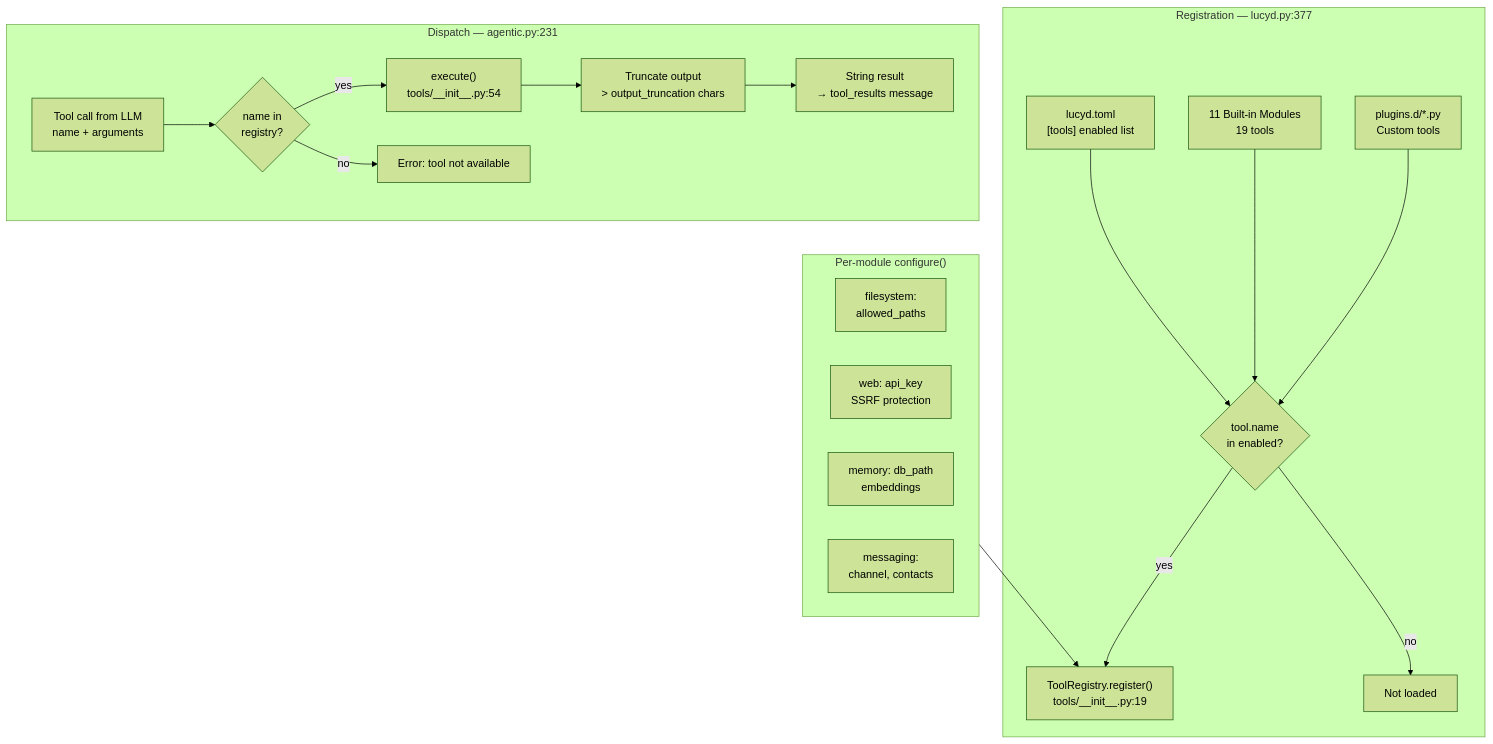
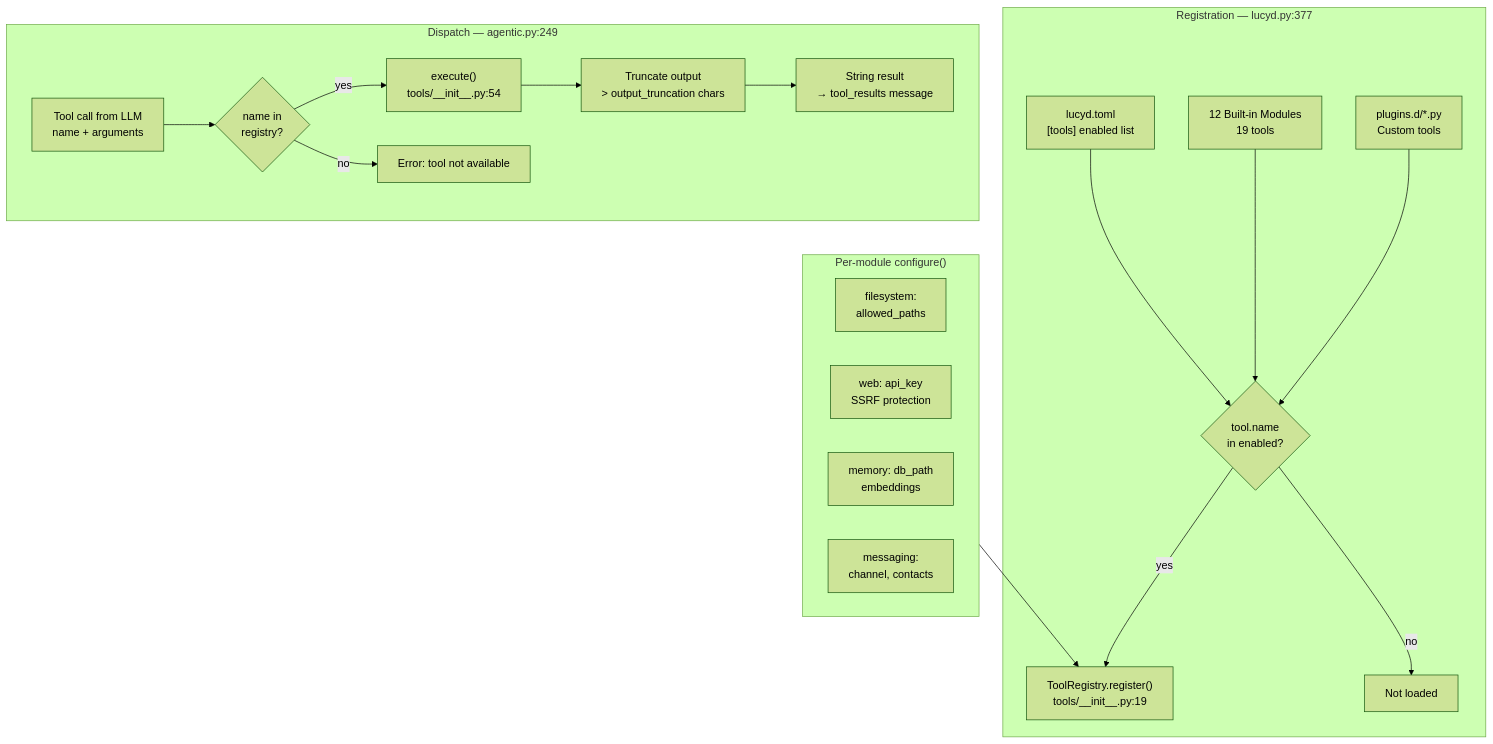
One commit to nicolasforstinger/lucyd changed the seventh of 8 diagrams in docs/diagrams.md. Above: the diagram before and after it, drawn with Mermaid (forest theme). The commit also changed other lines of this file and 24 other files, not shown here.

````diff
--- a/docs/diagrams.md
+++ b/docs/diagrams.md
@@ -272,36 +272,36 @@
 ```mermaid
 flowchart TD
     subgraph Startup["Registration — lucyd.py:377"]
         CONFIG["lucyd.toml<br/>[tools] enabled list"]
-        BUILTIN["11 Built-in Modules<br/>19 tools"]
+        BUILTIN["12 Built-in Modules<br/>19 tools"]
         PLUGINS["plugins.d/*.py<br/>Custom tools"]
         CONFIG --> FILTER{"tool.name<br/>in enabled?"}
         BUILTIN --> FILTER
         PLUGINS --> FILTER
         FILTER -->|yes| REG["ToolRegistry.register()<br/>tools/__init__.py:19"]
         FILTER -->|no| SKIP["Not loaded"]
     end
 
     subgraph Configure["Per-module configure()"]
         direction LR
         FS_CFG["filesystem:<br/>allowed_paths"]
         WEB_CFG["web: api_key<br/>SSRF protection"]
         MEM_CFG["memory: db_path<br/>embeddings"]
         MSG_CFG["messaging:<br/>channel, contacts"]
     end
 
-    subgraph Runtime["Dispatch — agentic.py:231"]
+    subgraph Runtime["Dispatch — agentic.py:249"]
         CALL["Tool call from LLM<br/>name + arguments"]
         LOOKUP{"name in<br/>registry?"}
         EXEC["execute()<br/>tools/__init__.py:54"]
         TRUNC["Truncate output<br/>> output_truncation chars"]
         RESULT["String result<br/>→ tool_results message"]
         ERR["Error: tool not available"]
     end
 
     Configure --> REG
 
     CALL --> LOOKUP
     LOOKUP -->|yes| EXEC --> TRUNC --> RESULT
     LOOKUP -->|no| ERR
 ```
````
